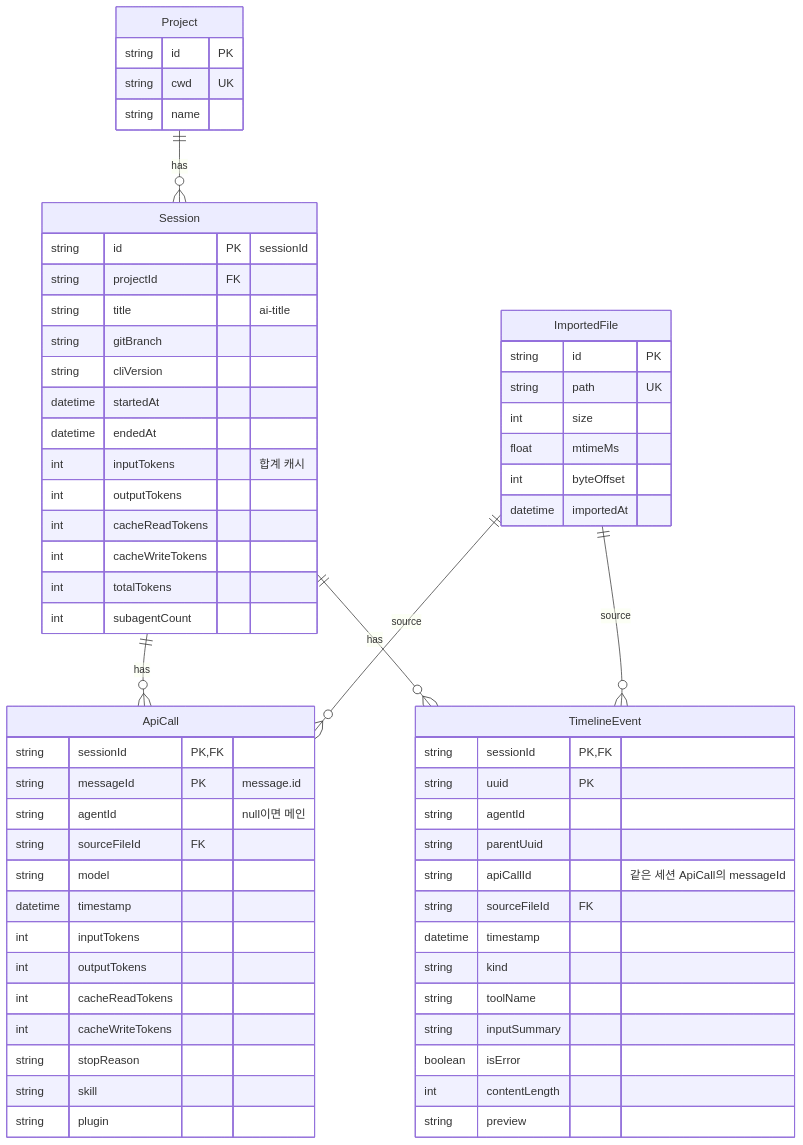
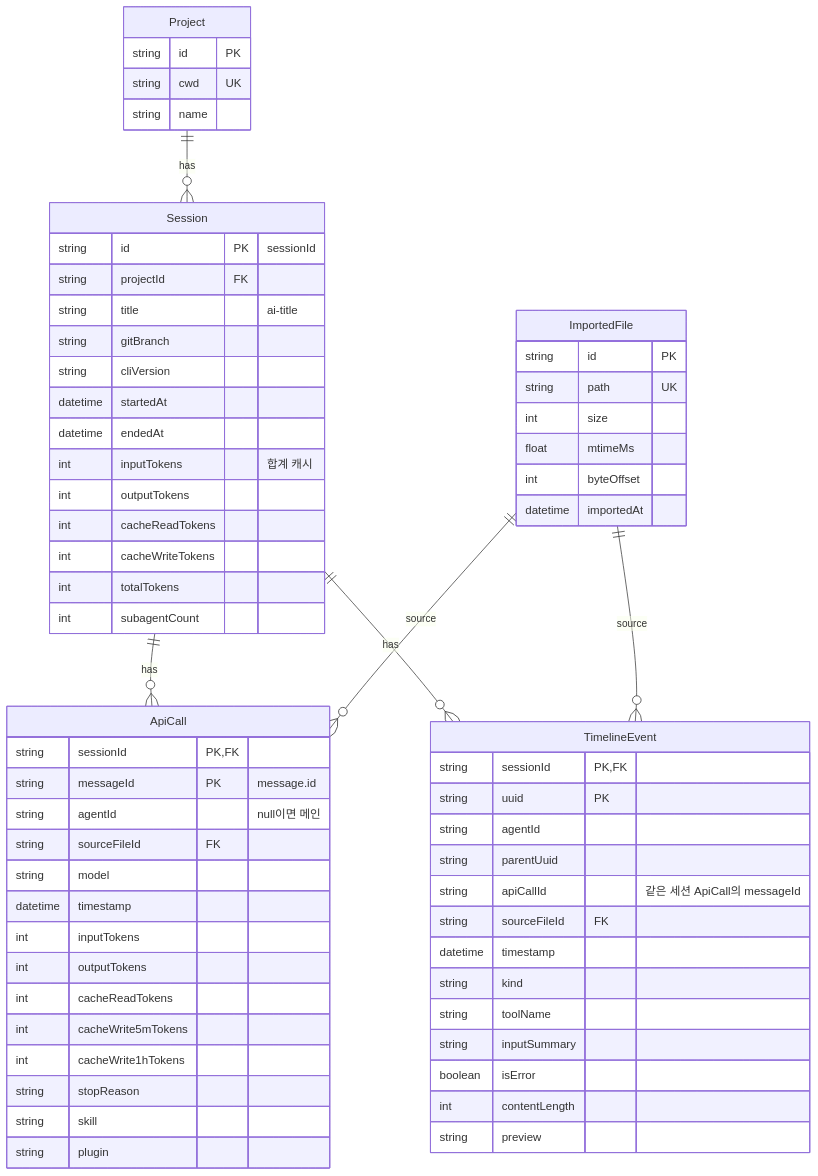
One commit to chano96-p/tokentrail changed the second of 3 diagrams in docs/specs/2026-10-12-session-dashboard-design.md. Above: the diagram before and after it, drawn with Mermaid. The commit also changed other lines of this file and 3 other files, not shown here.

````diff
--- a/docs/specs/2026-10-12-session-dashboard-design.md
+++ b/docs/specs/2026-10-12-session-dashboard-design.md
@@ -102,66 +104,67 @@
 ```mermaid
 erDiagram
   Project ||--o{ Session : has
   Session ||--o{ ApiCall : has
   Session ||--o{ TimelineEvent : has
   ImportedFile ||--o{ ApiCall : source
   ImportedFile ||--o{ TimelineEvent : source
   Project {
     string id PK
     string cwd UK
     string name
   }
   Session {
     string id PK "sessionId"
     string projectId FK
     string title "ai-title"
     string gitBranch
     string cliVersion
     datetime startedAt
     datetime endedAt
     int inputTokens "합계 캐시"
     int outputTokens
     int cacheReadTokens
     int cacheWriteTokens
     int totalTokens
     int subagentCount
   }
   ApiCall {
     string sessionId PK, FK
     string messageId PK "message.id"
     string agentId "null이면 메인"
     string sourceFileId FK
     string model
     datetime timestamp
     int inputTokens
     int outputTokens
     int cacheReadTokens
-    int cacheWriteTokens
+    int cacheWrite5mTokens
+    int cacheWrite1hTokens
     string stopReason
     string skill
     string plugin
   }
   TimelineEvent {
     string sessionId PK, FK
     string uuid PK
     string agentId
     string parentUuid
     string apiCallId "같은 세션 ApiCall의 messageId"
     string sourceFileId FK
     datetime timestamp
     string kind
     string toolName
     string inputSummary
     boolean isError
     int contentLength
     string preview
   }
   ImportedFile {
     string id PK
     string path UK
     int size
     float mtimeMs
     int byteOffset
     datetime importedAt
   }
 ```
````
